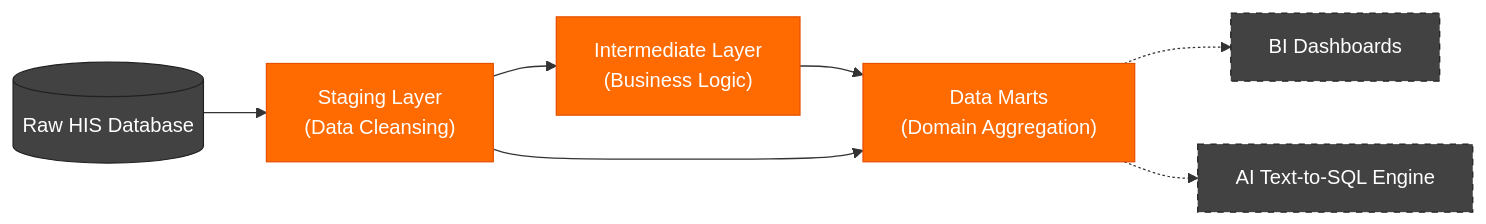
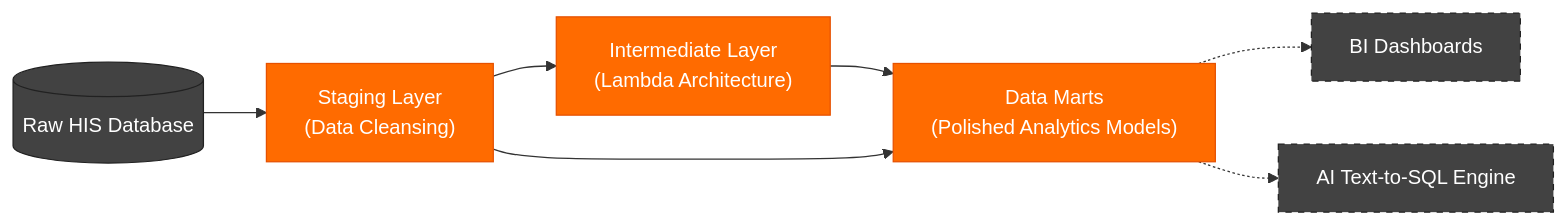
Before and after one commit to Martz-yx/healthcare-data-warehouse-dbt: the diagram in README.md, drawn with Mermaid.

Commit message:
Update architecture layers text in README

````diff
--- a/README.md
+++ b/README.md
@@ -3,21 +3,21 @@
 ```mermaid
 flowchart LR
     %% Conceptual Layer Flow
     db[("Raw HIS Database")] --> stg["Staging Layer<br>(Data Cleansing)"]
-    stg --> int["Intermediate Layer<br>(Business Logic)"]
-    int --> mart["Data Marts<br>(Domain Aggregation)"]
+    stg --> int["Intermediate Layer<br>(Lambda Architecture)"]
+    int --> mart["Data Marts<br>(Polished Analytics Models)"]
     stg --> mart
 
     %% Consumers
     mart -.-> bi["BI Dashboards"]
     mart -.-> ai["AI Text-to-SQL Engine"]
 
     %% Styling (dbt Orange theme)
     classDef source fill:#424242,stroke:#212121,color:#fff
     classDef dbt_layer fill:#FF6B00,stroke:#E65100,color:#fff
     classDef consumer fill:#424242,stroke:#212121,color:#fff,stroke-dasharray: 5 5
 
     class db source
     class stg,int,mart dbt_layer
     class bi,ai consumer
 ```
````
